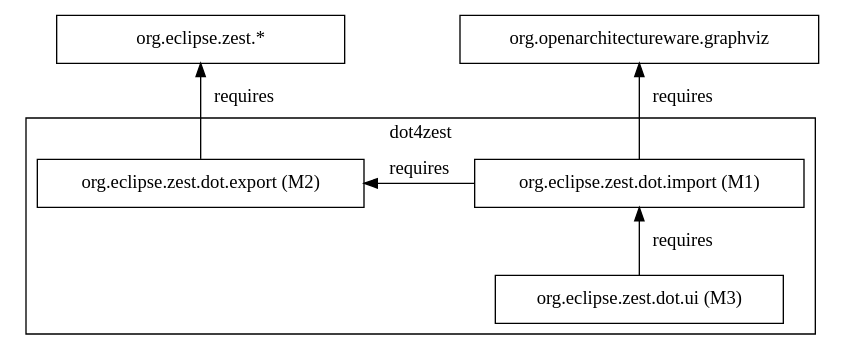
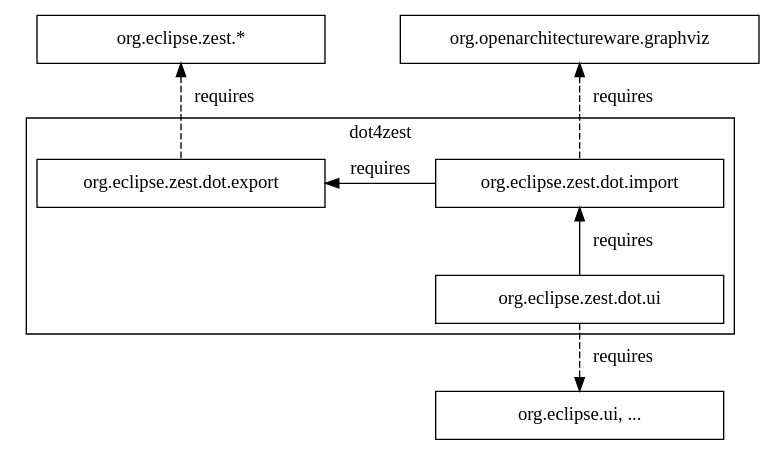
Before and after one commit to BackupTheBerlios/dot4zest: the diagram in org.eclipse.zest.dot.ui/resources/docs/dependencies.dot, drawn with Graphviz. The commit also changed 4 other files, not shown here.

Commit message:
NEW - bug 277399: [dot4zest] Zest wizard for Graphviz import (https://bugs.eclipse.org/bugs/show_bug.cgi?id=277399); upated dependency diagram and version numbers

```diff
--- a/org.eclipse.zest.dot.ui/resources/docs/dependencies.dot
+++ b/org.eclipse.zest.dot.ui/resources/docs/dependencies.dot
@@ -1,25 +1,27 @@
 /*******************************************************************************
  * Copyright (c) 2009 Fabian Steeg. All rights reserved. This program and the
  * accompanying materials are made available under the terms of the Eclipse
  * Public License v1.0 which accompanies this distribution, and is available at
  * http://www.eclipse.org/legal/epl-v10.html
  * <p/>
  * Contributors: Fabian Steeg - initial API and implementation; see bug 277380
  *******************************************************************************/
 digraph dependencies{
 	rankdir=TD
 	node[shape=box width=3]
 	edge[]
 	zest[label="org.eclipse.zest.*"]
 	graphviz[label="org.openarchitectureware.graphviz"]
+	ui[label="org.eclipse.ui, ..."]
 	subgraph cluster_0{
 		label="dot4zest"
-		import[label="org.eclipse.zest.dot.import (M1)"]
-		export[label="org.eclipse.zest.dot.export (M2)"]
-		ui[label="org.eclipse.zest.dot.ui (M3)"]
+		import[label="org.eclipse.zest.dot.import"]
+		export[label="org.eclipse.zest.dot.export"]
+		dotui[label="org.eclipse.zest.dot.ui"]
 	}
-	zest->export[label=" requires" dir=back]
+	zest->export[label=" requires" dir=back style=dashed]
 	export->import[label=" requires" dir=back constraint=false]
-	graphviz->import[label=" requires" dir=back]
-	import->ui[label=" requires" dir=back]
+	graphviz->import[label=" requires" dir=back style=dashed]
+	import->dotui[label=" requires" dir=back]
+	dotui->ui[label=" requires" style=dashed]
 }
```
